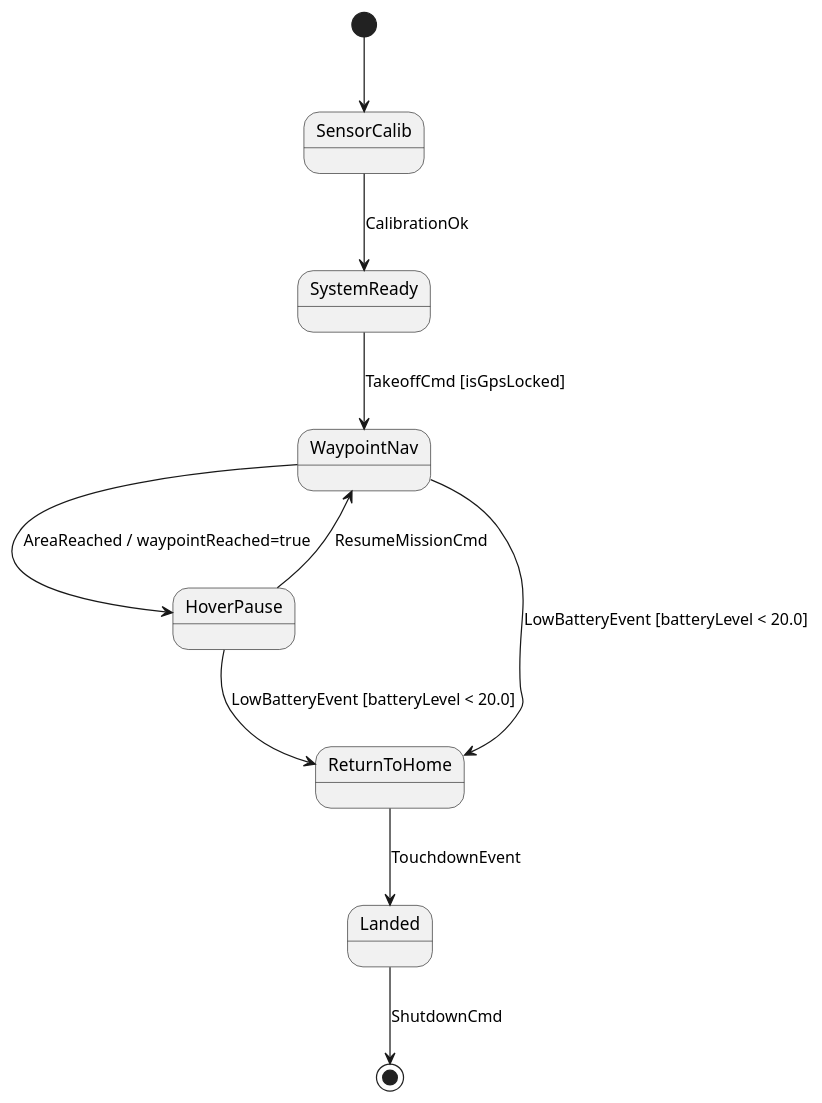
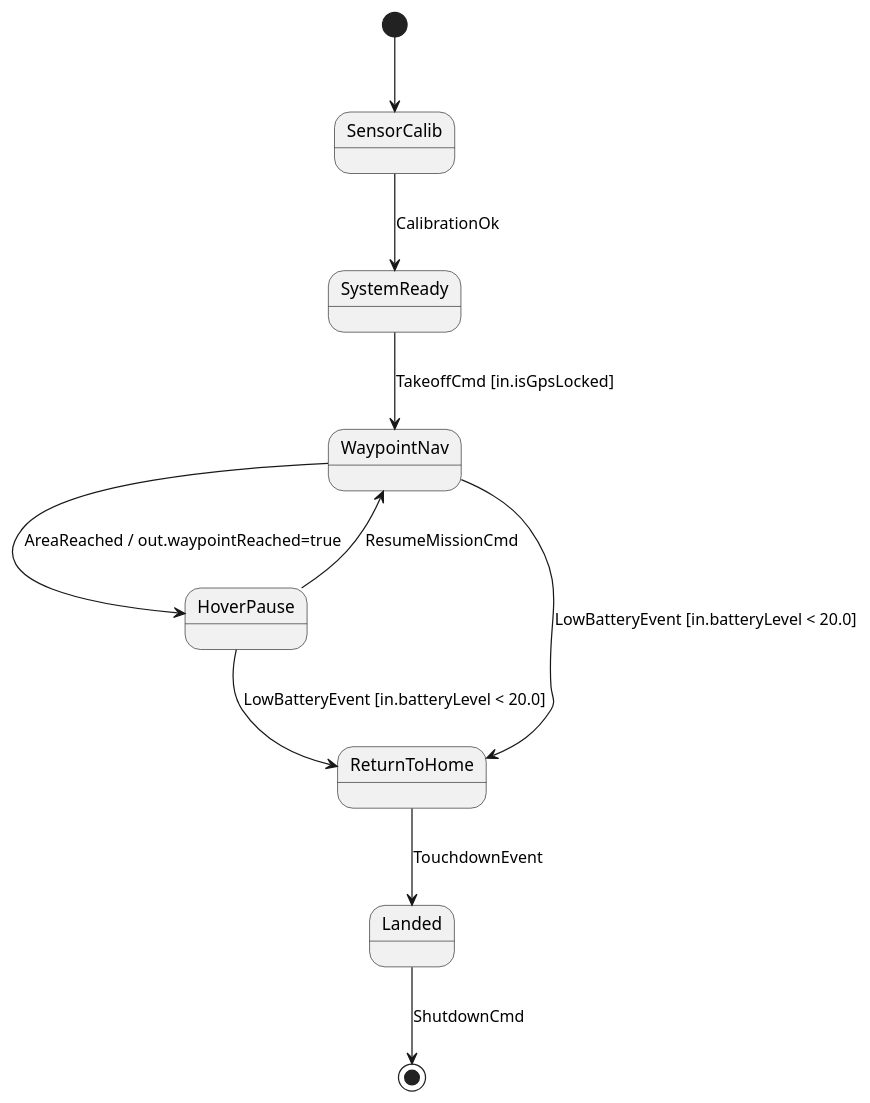
The diagram in docs/getting_started/quickstart.md (simoneCavalleri/fsmc), drawn with PlantUML before and after one commit. The commit also changed other lines of this file and 39 other files, not shown here.

````diff
--- a/docs/getting_started/quickstart.md
+++ b/docs/getting_started/quickstart.md
@@ -57,17 +59,17 @@
     ```plantuml
     @startuml
     [*] --> SensorCalib
 
     SensorCalib --> SystemReady : CalibrationOk
-    SystemReady --> WaypointNav : TakeoffCmd [isGpsLocked]
+    SystemReady --> WaypointNav : TakeoffCmd [in.isGpsLocked]
     
-    WaypointNav --> HoverPause : AreaReached / waypointReached=true
-    WaypointNav --> ReturnToHome : LowBatteryEvent [batteryLevel < 20.0]
+    WaypointNav --> HoverPause : AreaReached / out.waypointReached=true
+    WaypointNav --> ReturnToHome : LowBatteryEvent [in.batteryLevel < 20.0]
     
     HoverPause --> WaypointNav : ResumeMissionCmd
-    HoverPause --> ReturnToHome : LowBatteryEvent [batteryLevel < 20.0]
+    HoverPause --> ReturnToHome : LowBatteryEvent [in.batteryLevel < 20.0]
     
     ReturnToHome --> Landed : TouchdownEvent
     Landed --> [*] : ShutdownCmd
     @enduml
     ```
````
